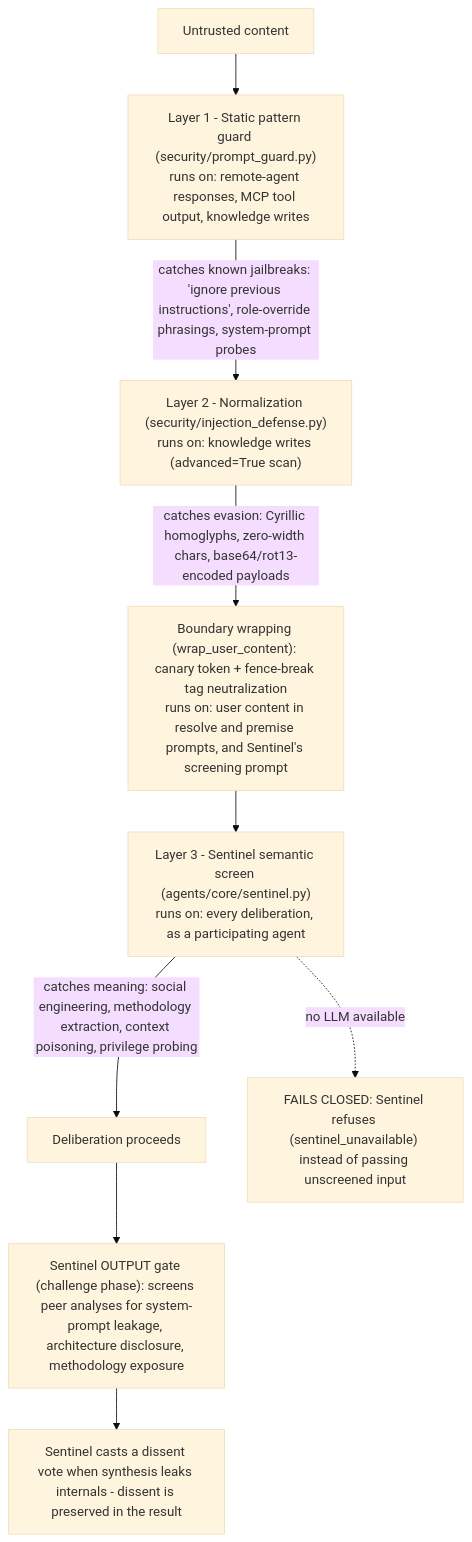
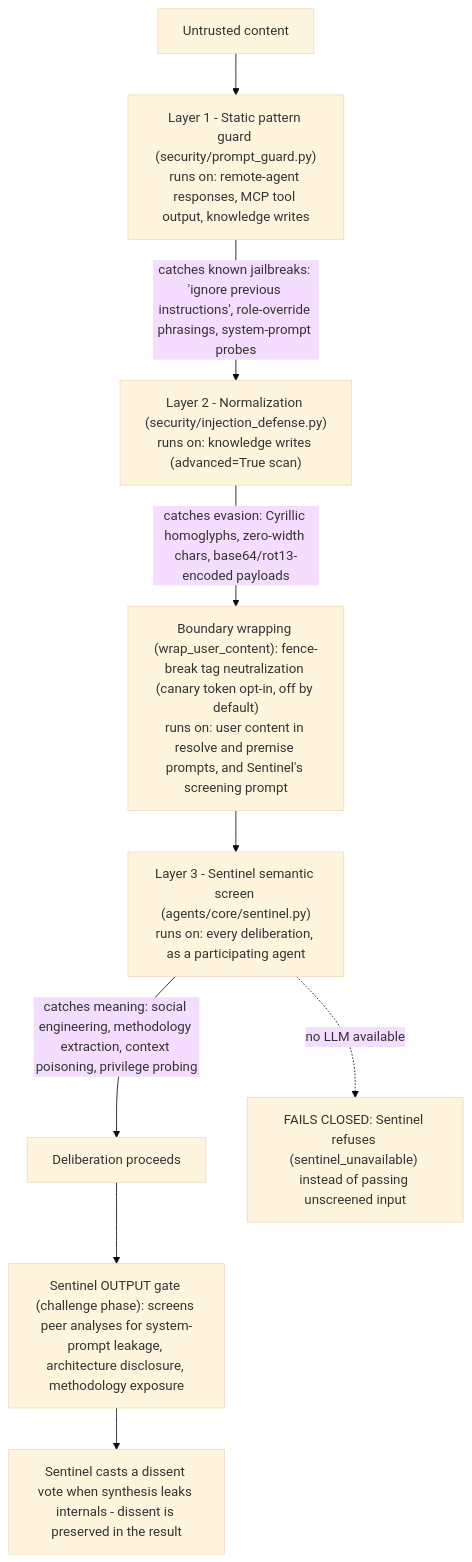
The second of 3 diagrams in docs/SECURITY_MODEL.md (KangaKode/aiscaffold), drawn with Mermaid (base theme) before and after one commit. The commit also changed other lines of this file and 5 other files, not shown here.

````diff
--- a/docs/SECURITY_MODEL.md
+++ b/docs/SECURITY_MODEL.md
@@ -33,11 +33,11 @@
 ```mermaid
 flowchart TD
     Input["Untrusted content"] --> L1["Layer 1 - Static pattern guard (security/prompt_guard.py)<br/>runs on: remote-agent responses, MCP tool output, knowledge writes"]
     L1 -->|"catches known jailbreaks: 'ignore previous instructions', role-override phrasings, system-prompt probes"| L2["Layer 2 - Normalization (security/injection_defense.py)<br/>runs on: knowledge writes (advanced=True scan)"]
-    L2 -->|"catches evasion: Cyrillic homoglyphs, zero-width chars, base64/rot13-encoded payloads"| Wrap["Boundary wrapping (wrap_user_content): canary token + fence-break tag neutralization<br/>runs on: user content in resolve and premise prompts, and Sentinel's screening prompt"]
+    L2 -->|"catches evasion: Cyrillic homoglyphs, zero-width chars, base64/rot13-encoded payloads"| Wrap["Boundary wrapping (wrap_user_content): fence-break tag neutralization (canary token opt-in, off by default)<br/>runs on: user content in resolve and premise prompts, and Sentinel's screening prompt"]
     Wrap --> L3["Layer 3 - Sentinel semantic screen (agents/core/sentinel.py)<br/>runs on: every deliberation, as a participating agent"]
     L3 -->|"catches meaning: social engineering, methodology extraction, context poisoning, privilege probing"| Delib["Deliberation proceeds"]
     L3 -.->|"no LLM available"| Closed["FAILS CLOSED: Sentinel refuses (sentinel_unavailable) instead of passing unscreened input"]
     Delib --> OutGate["Sentinel OUTPUT gate (challenge phase): screens peer analyses for system-prompt leakage, architecture disclosure, methodology exposure"]
     OutGate --> Vote["Sentinel casts a dissent vote when synthesis leaks internals - dissent is preserved in the result"]
 ```
````
